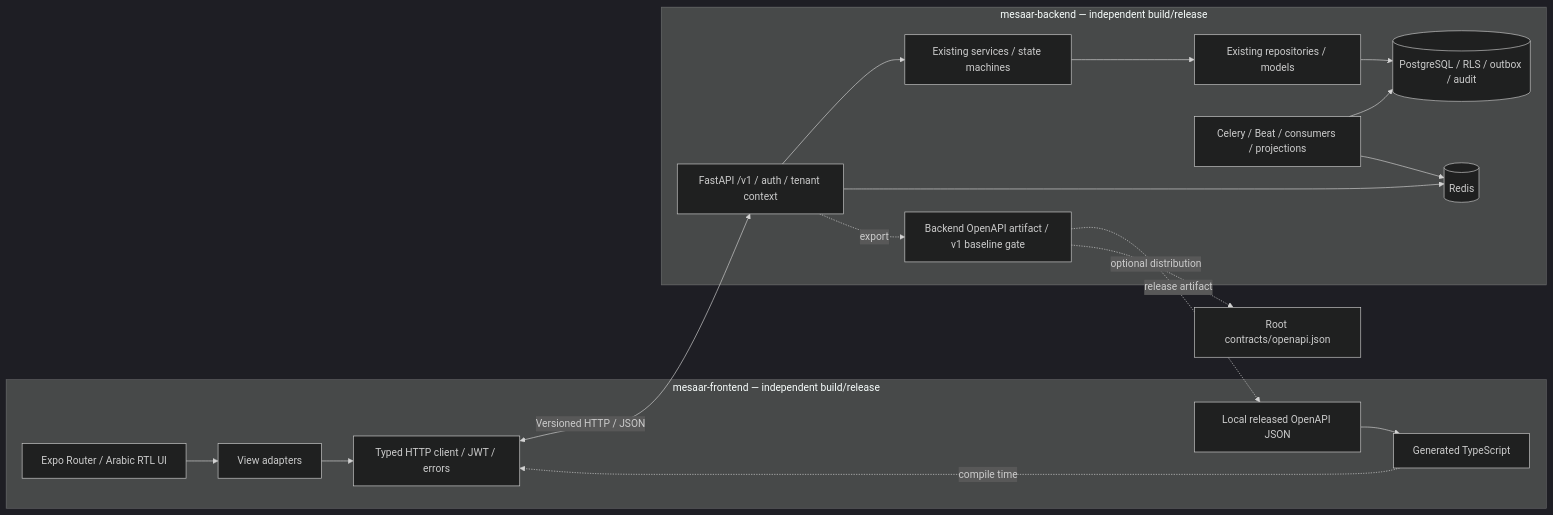
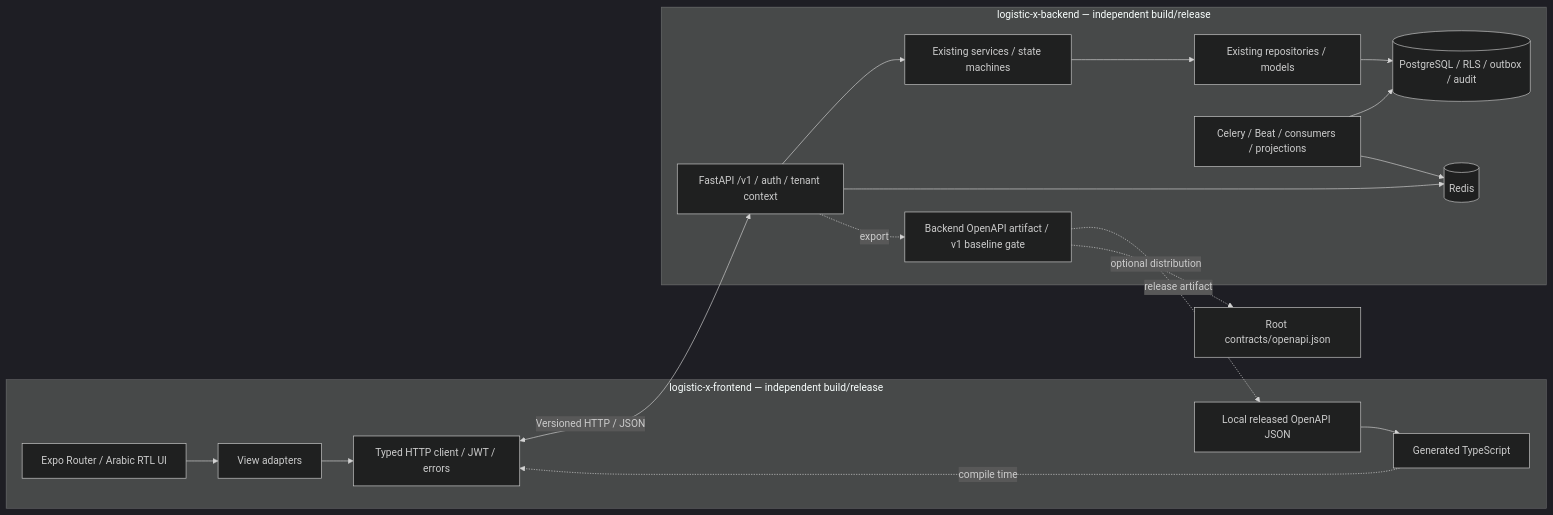
One commit to azowz/Logistics_Managemnt_System changed the second of 2 diagrams in docs/separation-architecture.md. Above: the diagram before and after it, drawn with Mermaid (dark theme). The commit also changed 512 other files, not shown here.

First line of the commit message:
refactor: rebrand Mesaar to Logistic X and add repository standards

````diff
--- a/docs/separation-architecture.md
+++ b/docs/separation-architecture.md
@@ -50,21 +50,21 @@
 ```mermaid
 flowchart LR
-  subgraph Frontend[mesaar-frontend — independent build/release]
+  subgraph Frontend[logistic-x-frontend — independent build/release]
     U[Expo Router / Arabic RTL UI] --> V[View adapters]
     V --> H[Typed HTTP client / JWT / errors]
     J[Local released OpenAPI JSON] --> T[Generated TypeScript]
     T -. compile time .-> H
   end
-  subgraph Backend[mesaar-backend — independent build/release]
+  subgraph Backend[logistic-x-backend — independent build/release]
     A[FastAPI /v1 / auth / tenant context] --> S[Existing services / state machines]
     S --> R[Existing repositories / models]
     R --> P[(PostgreSQL / RLS / outbox / audit)]
     W[Celery / Beat / consumers / projections] --> P
     A --> D[(Redis)]
     W --> D
     A -. export .-> O[Backend OpenAPI artifact / v1 baseline gate]
   end
   H <-->|Versioned HTTP / JSON| A
   O -. release artifact .-> J
   O -. optional distribution .-> C[Root contracts/openapi.json]
 ```
````
